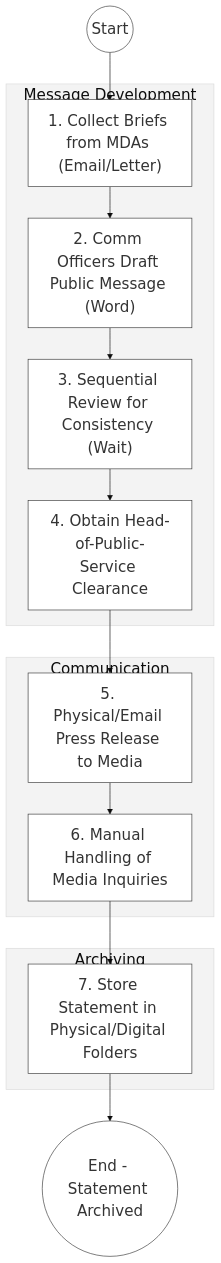
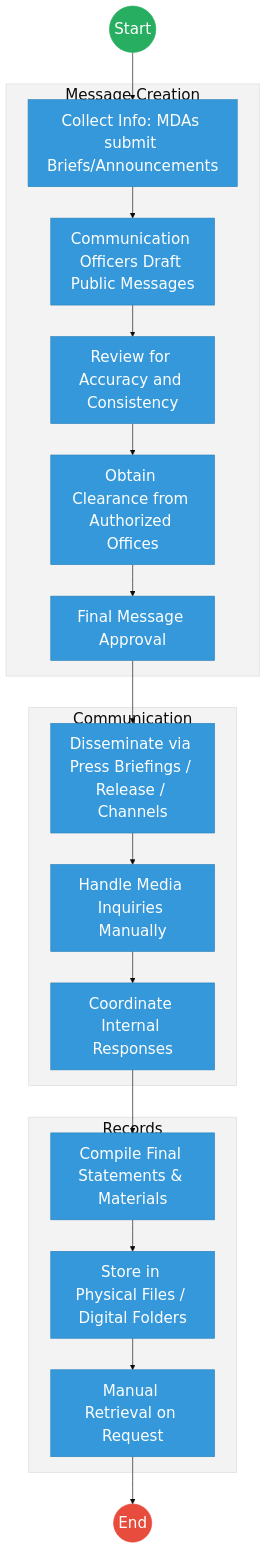
Before and after one commit to BITZ-IT-Consulting-LTD/ictapoc: the first of 2 diagrams in mdas/docs_final/priority_mdas/Government_Spokesperson___Service_Delivery.md, drawn with Mermaid. The commit also changed other lines of this file and 90 other files, not shown here.

````diff
--- a/mdas/docs_final/priority_mdas/Government_Spokesperson___Service_Delivery.md
+++ b/mdas/docs_final/priority_mdas/Government_Spokesperson___Service_Delivery.md
@@ -77,22 +38,33 @@
 ```mermaid
 %%{init: { 'theme': 'base', 'themeVariables': { 'fontSize': '24px', 'fontFamily': 'Inter, system-ui, sans-serif', 'primaryColor': '#ffffff', 'edgeLabelBackground':'#ffffff', 'tertiaryColor': '#f3f3f3', 'mainBkg': '#ffffff', 'nodeBorder': '#333333' } } }%%
-flowchart TD
-    Start((Start)) --> Collection["1. Collect Briefs from MDAs (Email/Letter)"]
+graph TD
+    Start((Start)) --> Collection["Collect Info: MDAs submit Briefs/Announcements"]
     
-    subgraph Creation_Silo["Message Development"]
-        Collection --> Draft["2. Comm Officers Draft Public Message (Word)"]
-        Draft --> Review["3. Sequential Review for Consistency (Wait)"]
-        Review --> Clearance["4. Obtain Head-of-Public-Service Clearance"]
+    subgraph Development["Message Creation"]
+        Collection --> Draft["Communication Officers Draft Public Messages"]
+        Draft --> Review["Review for Accuracy and Consistency"]
+        Review --> Clearance["Obtain Clearance from Authorized Offices"]
+        Clearance --> Approval["Final Message Approval"]
     end
+    
+    subgraph Dissemination [Communication]
+        Approval --> Media["Disseminate via Press Briefings / Release / Channels"]
+        Media --> Inquiries["Handle Media Inquiries Manually"]
+        Inquiries --> Coordinate["Coordinate Internal Responses"]
+    end
+    
+    subgraph Archiving [Records]
+        Coordinate --> Compile["Compile Final Statements & Materials"]
+        Compile --> Save["Store in Physical Files / Digital Folders"]
+        Save --> Retrieval["Manual Retrieval on Request"]
+    end
+    
+    Retrieval --> End((End))
 
-    subgraph Dissemination_Silo["Communication"]
-        Clearance --> Release["5. Physical/Email Press Release to Media"]
-        Release --> Inquiry["6. Manual Handling of Media Inquiries"]
-    end
-
-    subgraph Record_Layer["Archiving"]
-        Inquiry --> Save["7. Store Statement in Physical/Digital Folders"]
-    end
-
-    Save --> EndProcess(("End - Statement Archived"))
+    classDef start fill:#27ae60,stroke:#27ae60,color:#fff,font-size:24px,font-size:24px;;
+    classDef endNode fill:#e74c3c,stroke:#e74c3c,color:#fff,font-size:24px,font-size:24px;;
+    classDef userTask fill:#3498db,stroke:#2980b9,color:#fff,font-size:24px,font-size:24px;;
+    class Start start;
+    class End endNode;
+    class Collection,Draft,Review,Clearance,Approval,Media,Inquiries,Coordinate,Compile,Save,Retrieval userTask;
 ```
````
